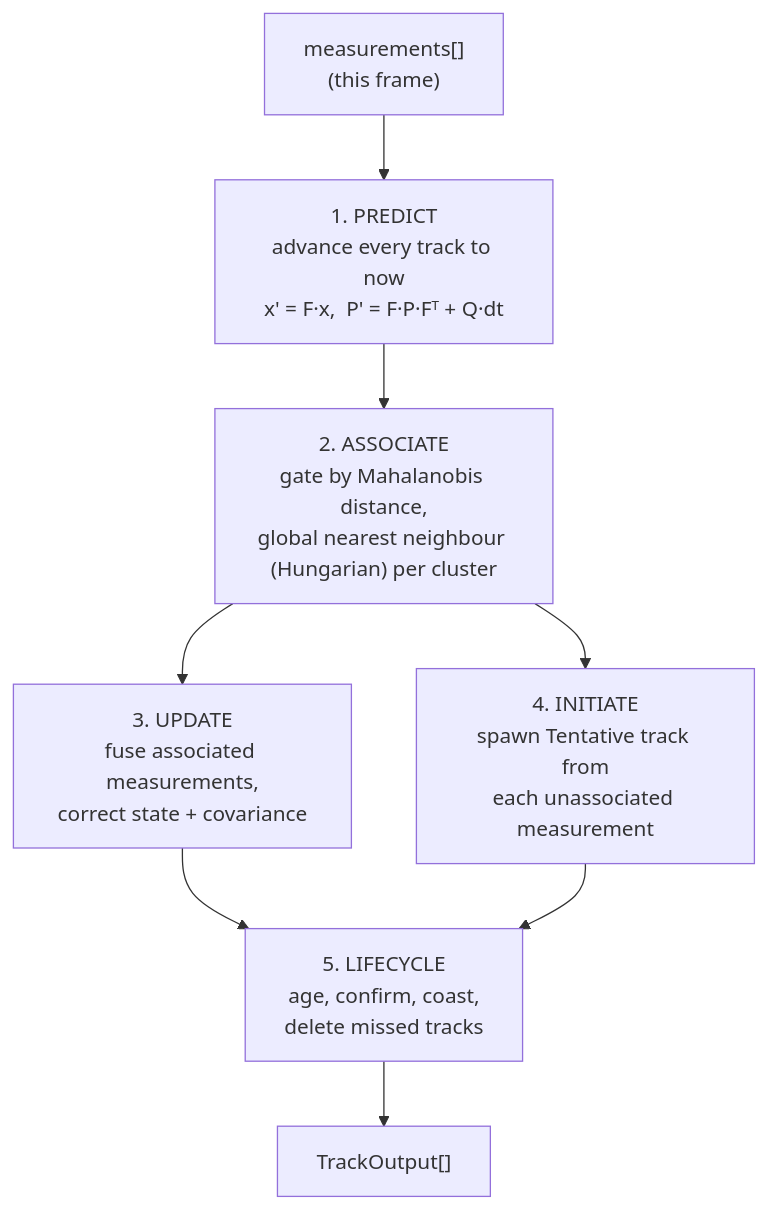
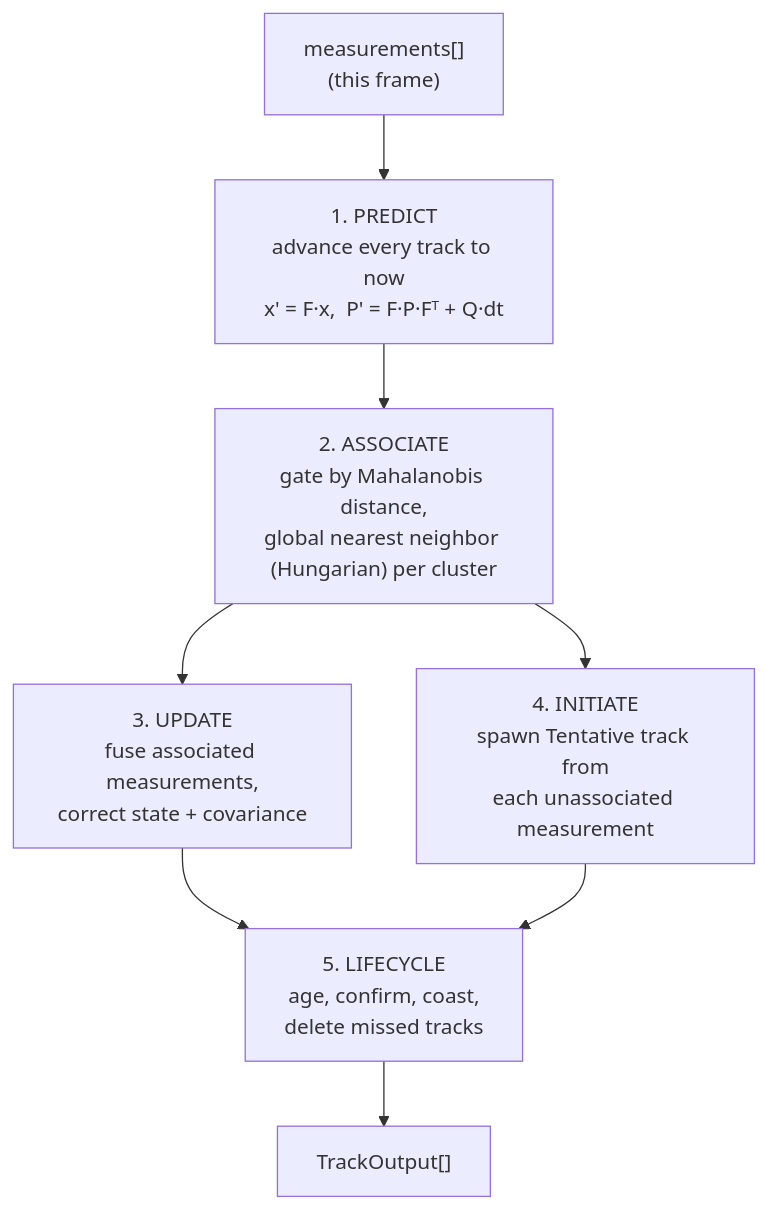
One commit to sepahead/crebain changed the second of 4 diagrams in docs/SENSOR_FUSION.md. Above: the diagram before and after it, drawn with Mermaid. The commit also changed other lines of this file and 21 other files, not shown here.

First line of the commit message:
docs: professionalize documentation set with diagrams and index

````diff
--- a/docs/SENSOR_FUSION.md
+++ b/docs/SENSOR_FUSION.md
@@ -129,10 +134,10 @@
 ```mermaid
 flowchart TD
     A["measurements[]<br/>(this frame)"] --> B["1. PREDICT<br/>advance every track to now<br/>x' = F·x,  P' = F·P·Fᵀ + Q·dt"]
-    B --> C["2. ASSOCIATE<br/>gate by Mahalanobis distance,<br/>global nearest neighbour (Hungarian) per cluster"]
+    B --> C["2. ASSOCIATE<br/>gate by Mahalanobis distance,<br/>global nearest neighbor (Hungarian) per cluster"]
     C --> D["3. UPDATE<br/>fuse associated measurements,<br/>correct state + covariance"]
     C --> E["4. INITIATE<br/>spawn Tentative track from<br/>each unassociated measurement"]
     D --> F["5. LIFECYCLE<br/>age, confirm, coast,<br/>delete missed tracks"]
     E --> F
     F --> G["TrackOutput[]"]
 ```
````
